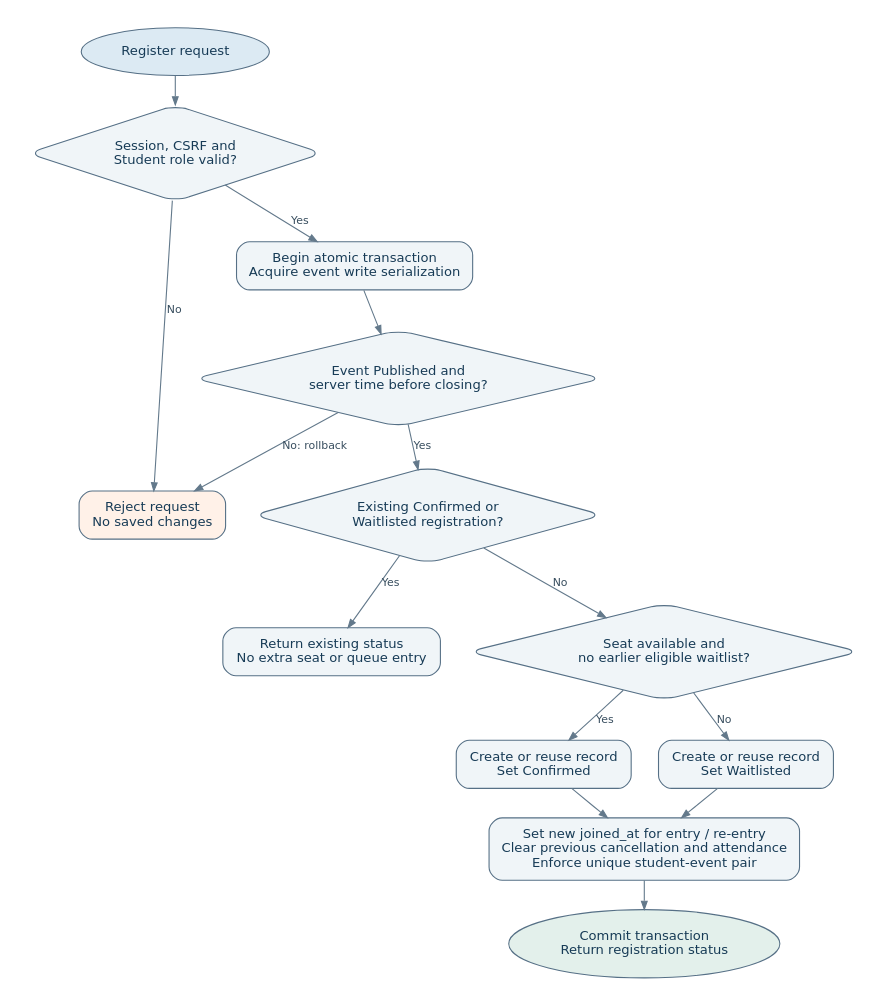
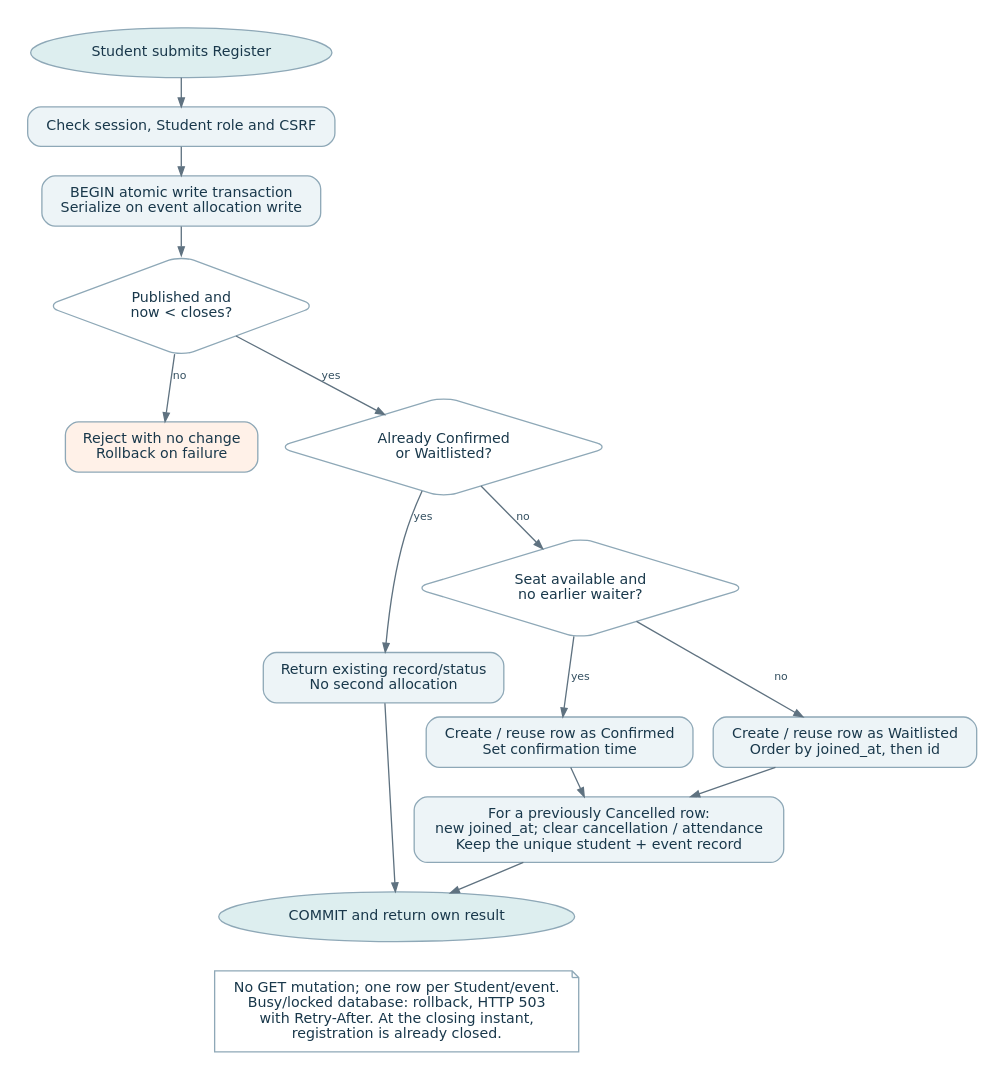
One commit to alamshahriya1-cpu/campus-event-management changed the diagram in docs/diagrams/source/04_registration_activity.dot. Above: the diagram before and after it, drawn with Graphviz. The commit also changed 60 other files, not shown here.

Commit message:
Update SRS RTM diagrams and requirements completion report

```diff
--- a/docs/diagrams/source/04_registration_activity.dot
+++ b/docs/diagrams/source/04_registration_activity.dot
@@ -1,23 +1,42 @@
-digraph Activity {
-graph [bgcolor="white", fontname="DejaVu Sans", pad="0.25", nodesep="0.45", ranksep="0.65"];
-node [fontname="DejaVu Sans", fontsize=12, color="#567086", fontcolor="#173B56", style="rounded,filled", fillcolor="#F0F5F8", shape=box, margin="0.16,0.12"];
-edge [fontname="DejaVu Sans", fontsize=10, color="#63798B", fontcolor="#374D5E", arrowsize=0.75];
-rankdir=TB;nodesep=.35;ranksep=.35;
-start [label="Register request",shape=oval,fillcolor="#DCEAF3"];
-auth [label="Session, CSRF and\nStudent role valid?",shape=diamond];
-reject [label="Reject request\nNo saved changes",fillcolor="#FFF1E8"];
-lock [label="Begin atomic transaction\nAcquire event write serialization"];
-open [label="Event Published and\nserver time before closing?",shape=diamond];
-exists [label="Existing Confirmed or\nWaitlisted registration?",shape=diamond];
-same [label="Return existing status\nNo extra seat or queue entry"];
-seat [label="Seat available and\nno earlier eligible waitlist?",shape=diamond];
-confirmed [label="Create or reuse record\nSet Confirmed"];
-waitlisted [label="Create or reuse record\nSet Waitlisted"];
-save [label="Set new joined_at for entry / re-entry\nClear previous cancellation and attendance\nEnforce unique student-event pair"];
-commit [label="Commit transaction\nReturn registration status",shape=oval,fillcolor="#E3F0EB"];
-start -> auth;auth -> reject [label="No"];auth -> lock [label="Yes"];
-lock -> open;open -> reject [label="No: rollback"];
-open -> exists [label="Yes"];exists -> same [label="Yes"];exists -> seat [label="No"];
-seat -> confirmed [label="Yes"];seat -> waitlisted [label="No"];
-confirmed -> save;waitlisted -> save;save -> commit;
+digraph G {
+graph [bgcolor="white", pad="0.25", nodesep="0.40", ranksep="0.55", fontname="DejaVu Sans", fontsize=13];
+node [shape=box, style="rounded,filled", fillcolor="#EDF4F7", color="#8EA8B7", fontcolor="#19384B", fontname="DejaVu Sans", fontsize=13, margin="0.20,0.13", penwidth=1.2];
+edge [color="#5F7280", fontcolor="#334F60", fontname="DejaVu Sans", fontsize=10, arrowsize=0.8, penwidth=1.2];
+rankdir=TB; nodesep=0.25; ranksep=0.35;
+start [shape=oval,label="Student submits Register",fillcolor="#DDEEEF"];
+auth [label="Check session, Student role and CSRF"];
+tx [label="BEGIN atomic write transaction
+Serialize on event allocation write"];
+valid [shape=diamond,label="Published and
+now < closes?",fillcolor="white"];
+reject [label="Reject with no change
+Rollback on failure",fillcolor="#FFF1E8"];
+existing [shape=diamond,label="Already Confirmed
+or Waitlisted?",fillcolor="white"];
+same [label="Return existing record/status
+No second allocation"];
+space [shape=diamond,label="Seat available and
+no earlier waiter?",fillcolor="white"];
+confirmed [label="Create / reuse row as Confirmed
+Set confirmation time"];
+wait [label="Create / reuse row as Waitlisted
+Order by joined_at, then id"];
+rejoin [label="For a previously Cancelled row:
+new joined_at; clear cancellation / attendance
+Keep the unique student + event record"];
+commit [shape=oval,label="COMMIT and return own result",fillcolor="#DDEEEF"];
+start -> auth -> tx -> valid;
+valid -> reject [label="no"];
+valid -> existing [label="yes"];
+existing -> same [label="yes"];
+same -> commit;
+existing -> space [label="no"];
+space -> confirmed [label="yes"];
+space -> wait [label="no"];
+confirmed -> rejoin; wait -> rejoin; rejoin -> commit;
+note [shape=note,label="No GET mutation; one row per Student/event.
+Busy/locked database: rollback, HTTP 503
+with Retry-After. At the closing instant,
+registration is already closed.",fillcolor="white"];
+commit -> note [style=invis];
 }
```
